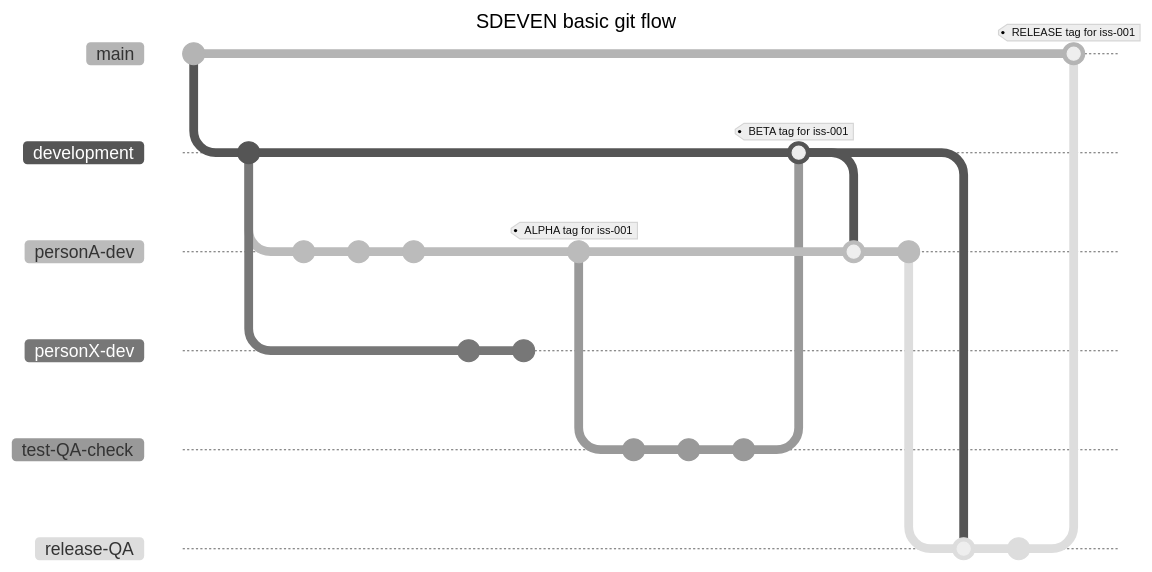
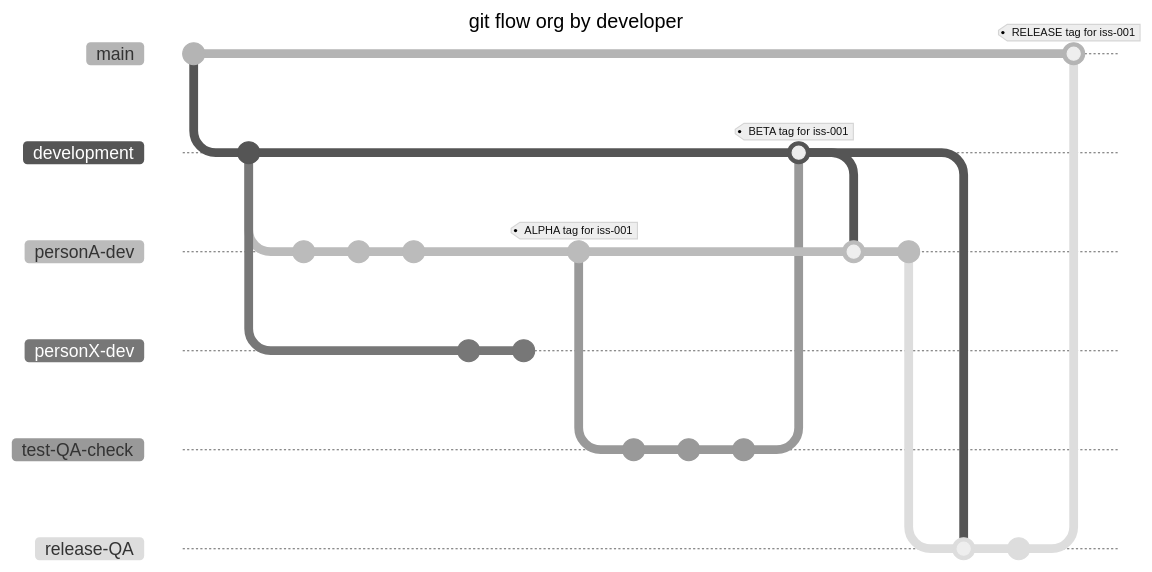
The second of 2 diagrams in doc_src/SDEVEN.40_BRAN.md (petre-renware/sdeven), drawn with Mermaid (neutral theme) before and after one commit. The commit also changed other lines of this file, not shown here. Commit ids are hidden.

````diff
--- a/doc_src/SDEVEN.40_BRAN.md
+++ b/doc_src/SDEVEN.40_BRAN.md
@@ -106,38 +112,38 @@
 ``` mermaid
 ---
-title: SDEVEN basic git flow
+title: git flow org by developer
 ---
 gitGraph
     commit
 
     branch "development"
     commit id: "review and close development"
 
     branch "personA-dev"
     commit id: "work iss 001"
     commit
     commit
 
     checkout "development"
     branch "personX-dev"
     commit id: "work to iss 002"
     commit
     
     checkout "personA-dev"
     commit id: "finished iss 001" tag: "ALPHA tag for iss-001"
     branch "test-QA-check"
     commit
     commit id: "test work for iss 001"
     commit id: "passed"
     checkout "development"
     merge "test-QA-check" id: "get iss 001" tag: "BETA tag for iss-001"
     checkout "personA-dev"
     merge "development"
     commit
 
     branch "release-QA"
     merge "development"
     commit "...checks for release iss 001"
     checkout "main"
     merge "release-QA" tag: "RELEASE tag for iss-001"
 ```
````
